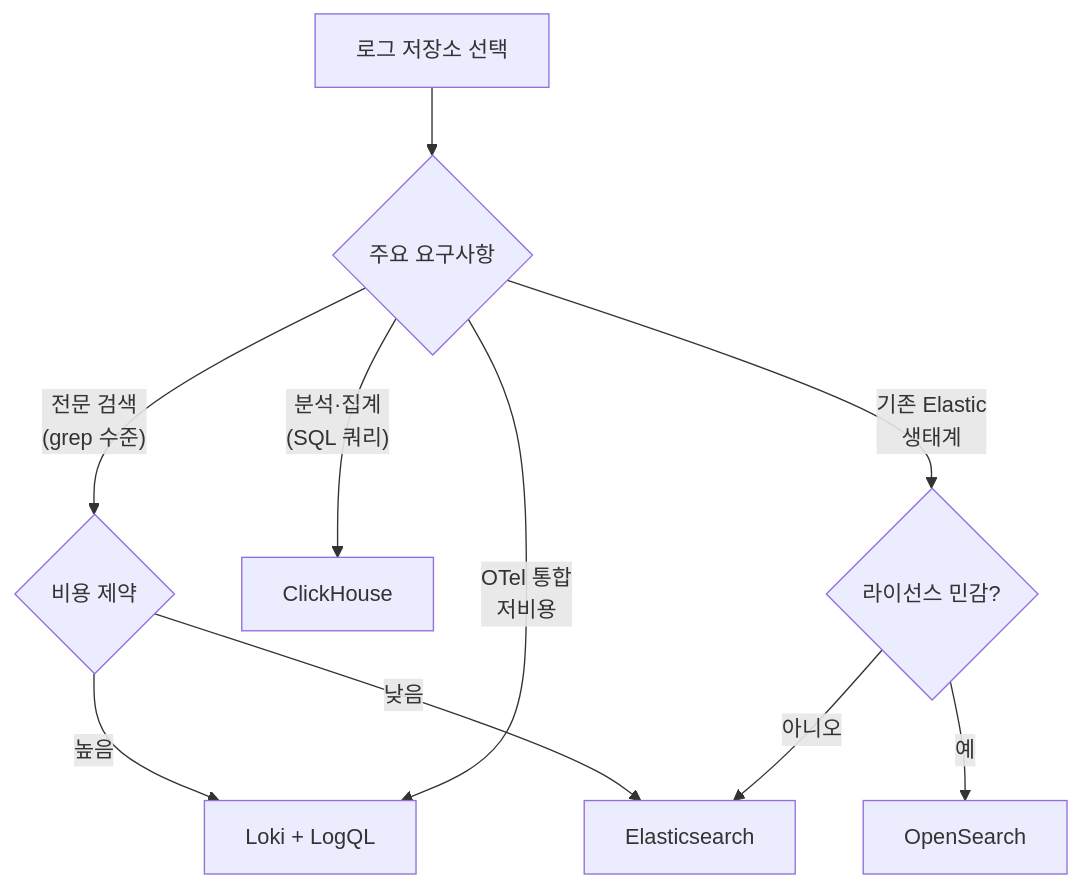
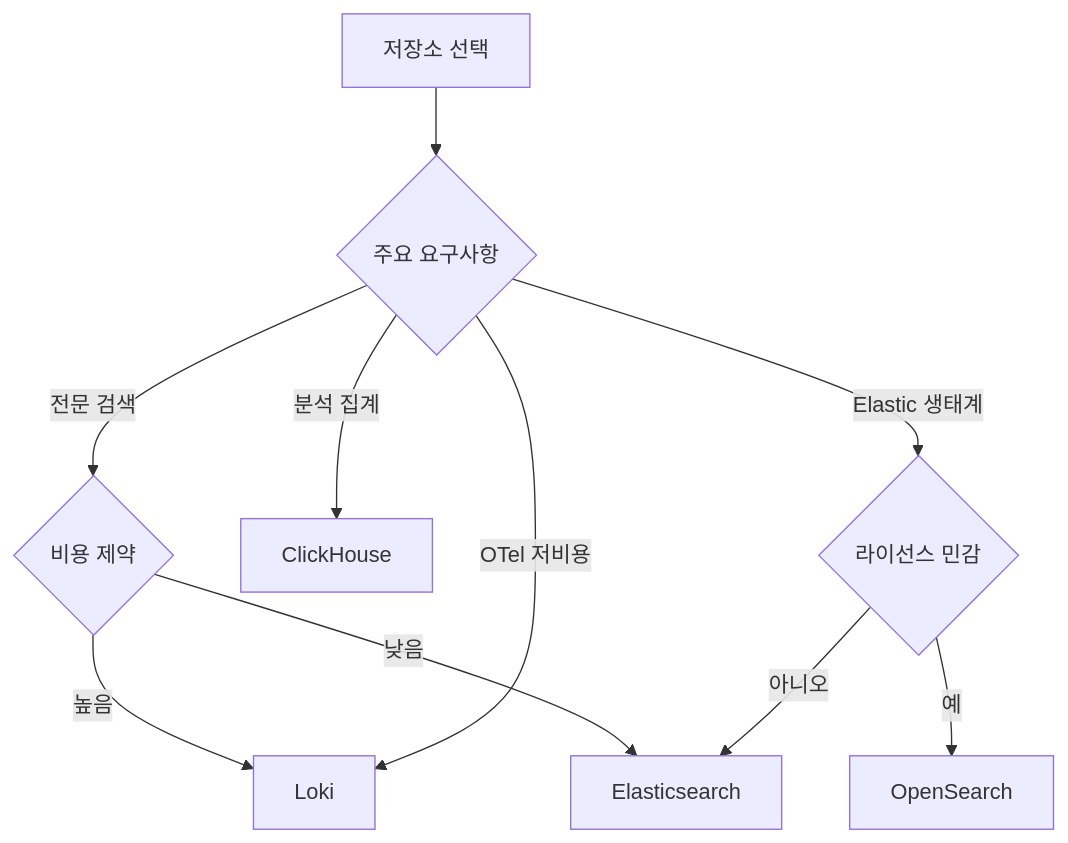
Before and after one commit to moonblueblue/devops-wiki: the fourth of 12 diagrams in content/linux/logging/log-management.md, drawn with Mermaid. The commit also changed other lines of this file and 12 other files, not shown here.

First line of the commit message:
style: linux 섹션 전체 ASCII art 제거 및 Mermaid 규칙 적용

````diff
--- a/content/linux/logging/log-management.md
+++ b/content/linux/logging/log-management.md
@@ -488,12 +479,12 @@
 ```mermaid
 flowchart TD
-    A[로그 저장소 선택] --> B{주요 요구사항}
-    B -- "전문 검색\n(grep 수준)" --> C{비용 제약}
-    C -- 높음 --> D[Loki + LogQL]
+    A[저장소 선택] --> B{주요 요구사항}
+    B -- 전문 검색 --> C{비용 제약}
+    C -- 높음 --> D[Loki]
     C -- 낮음 --> E[Elasticsearch]
-    B -- "분석·집계\n(SQL 쿼리)" --> F[ClickHouse]
-    B -- "OTel 통합\n저비용" --> D
-    B -- "기존 Elastic\n생태계" --> G{라이선스 민감?}
+    B -- 분석 집계 --> F[ClickHouse]
+    B -- OTel 저비용 --> D
+    B -- Elastic 생태계 --> G{라이선스 민감}
     G -- 예 --> H[OpenSearch]
     G -- 아니오 --> E
 ```
````
